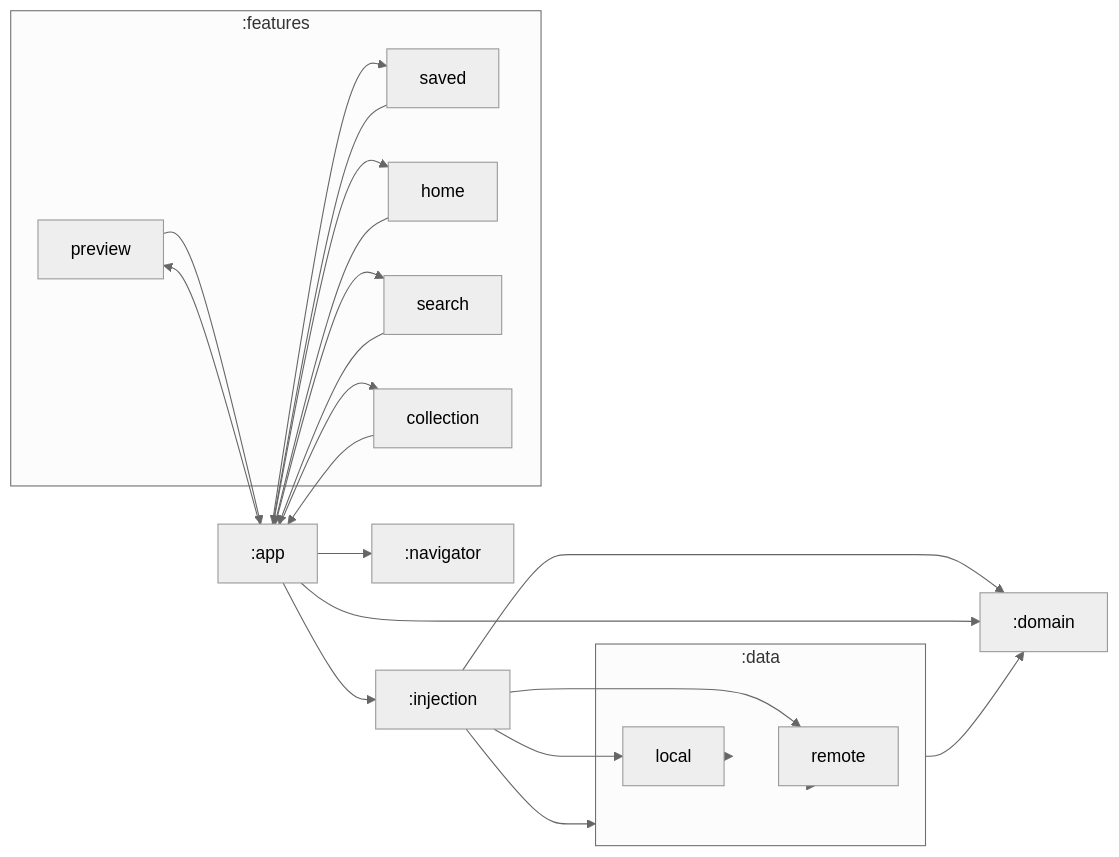
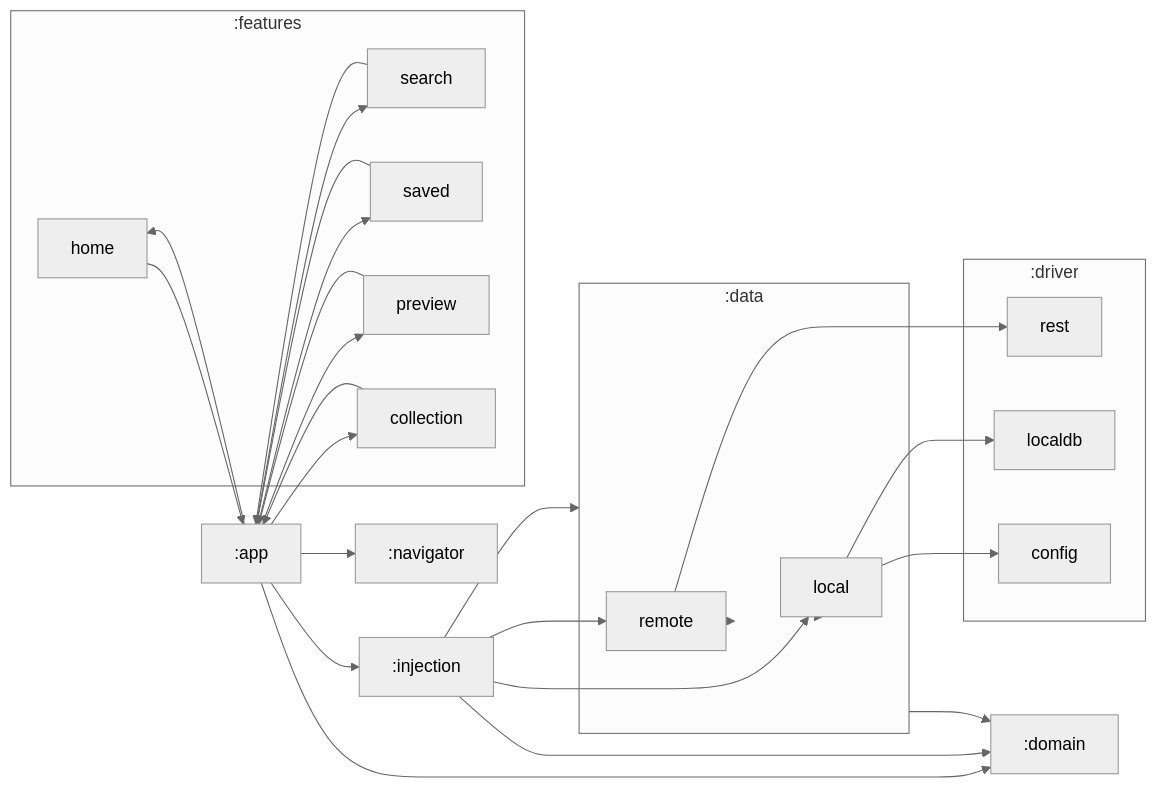
Before and after one commit to anangkur/walla: the diagram in README.md, drawn with Mermaid. The commit also changed 61 other files, not shown here.

````diff
--- a/README.md
+++ b/README.md
@@ -3,40 +3,48 @@
 ```mermaid
 %%{
   init: {
     'theme': 'neutral'
   }
 }%%
 
 graph LR
   subgraph :data
+    :data:remote["remote"]
     :data:local["local"]
-    :data:remote["remote"]
+  end
+  subgraph :driver
+    :driver:rest["rest"]
+    :driver:localdb["localdb"]
+    :driver:config["config"]
   end
   subgraph :features
-    :features:preview["preview"]
-    :features:saved["saved"]
     :features:home["home"]
     :features:search["search"]
+    :features:saved["saved"]
+    :features:preview["preview"]
     :features:collection["collection"]
   end
-  :features:preview --> :app
-  :data:local --> :data
-  :features:saved --> :app
-  :data --> :domain
   :data:remote --> :data
+  :data:remote --> :driver:rest
   :features:home --> :app
-  :injection --> :data
-  :injection --> :domain
-  :injection --> :data:local
-  :injection --> :data:remote
   :features:search --> :app
-  :features:collection --> :app
   :app --> :navigator
   :app --> :injection
   :app --> :domain
   :app --> :features:home
   :app --> :features:search
   :app --> :features:saved
   :app --> :features:preview
   :app --> :features:collection
+  :features:preview --> :app
+  :data:local --> :data
+  :data:local --> :driver:localdb
+  :data:local --> :driver:config
+  :features:saved --> :app
+  :data --> :domain
+  :injection --> :data
+  :injection --> :domain
+  :injection --> :data:local
+  :injection --> :data:remote
+  :features:collection --> :app
 ```
````
